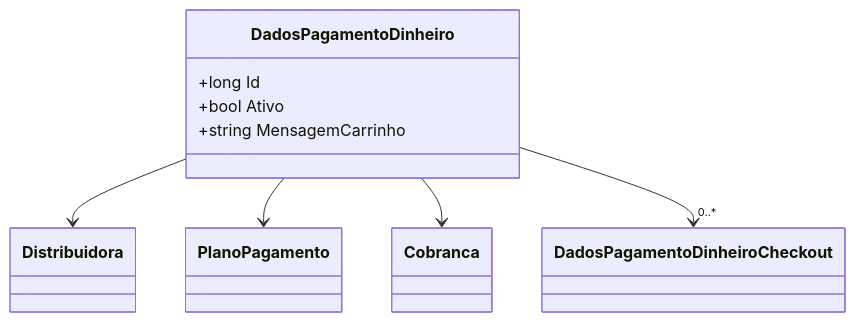
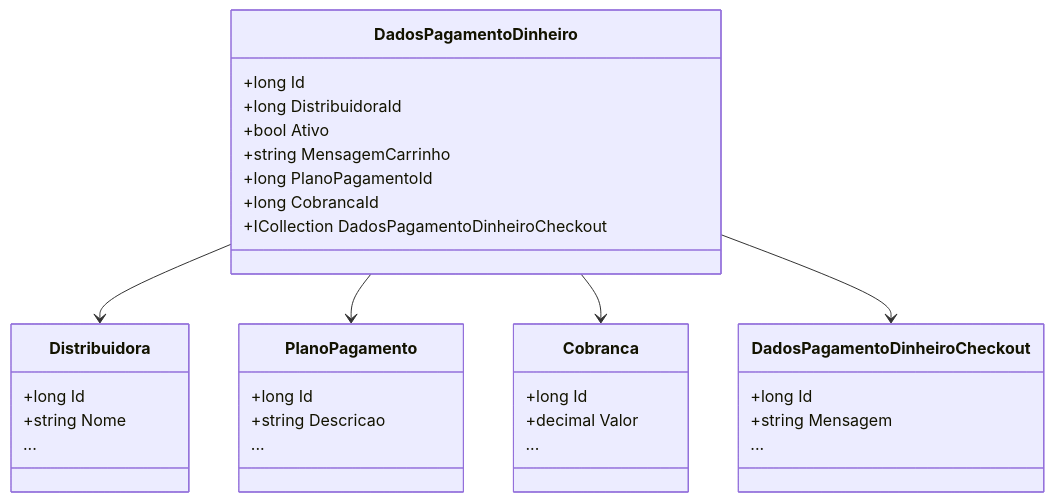
The diagram in docs/b2b-dominio/IsthmusWinthor.Nucleo/IsthmusWinthor.Dominio/Entidades/DadoPagamentoDinheiro.md (IsthmusSistemas/documentacao-tecnica), drawn with Mermaid before and after one commit. The commit also changed other lines of this file and 882 other files, not shown here.

````diff
--- a/docs/b2b-dominio/IsthmusWinthor.Nucleo/IsthmusWinthor.Dominio/Entidades/DadoPagamentoDinheiro.md
+++ b/docs/b2b-dominio/IsthmusWinthor.Nucleo/IsthmusWinthor.Dominio/Entidades/DadoPagamentoDinheiro.md
@@ -41,18 +38,41 @@
 ```mermaid
 classDiagram
     class DadosPagamentoDinheiro {
         +long Id
+        +long DistribuidoraId
         +bool Ativo
         +string MensagemCarrinho
+        +long PlanoPagamentoId
+        +long CobrancaId
+        +ICollection<DadosPagamentoDinheiroCheckout> DadosPagamentoDinheiroCheckout
     }
-
-    class Distribuidora {}
-    class PlanoPagamento {}
-    class Cobranca {}
-    class DadosPagamentoDinheiroCheckout {}
+    
+    class Distribuidora {
+        +long Id
+        +string Nome
+        ...
+    }
+    
+    class PlanoPagamento {
+        +long Id
+        +string Descricao
+        ...
+    }
+    
+    class Cobranca {
+        +long Id
+        +decimal Valor
+        ...
+    }
+    
+    class DadosPagamentoDinheiroCheckout {
+        +long Id
+        +string Mensagem
+        ...
+    }
     
     DadosPagamentoDinheiro --> Distribuidora
     DadosPagamentoDinheiro --> PlanoPagamento
     DadosPagamentoDinheiro --> Cobranca
-    DadosPagamentoDinheiro --> "0..*" DadosPagamentoDinheiroCheckout
+    DadosPagamentoDinheiro --> DadosPagamentoDinheiroCheckout
 ```
````
